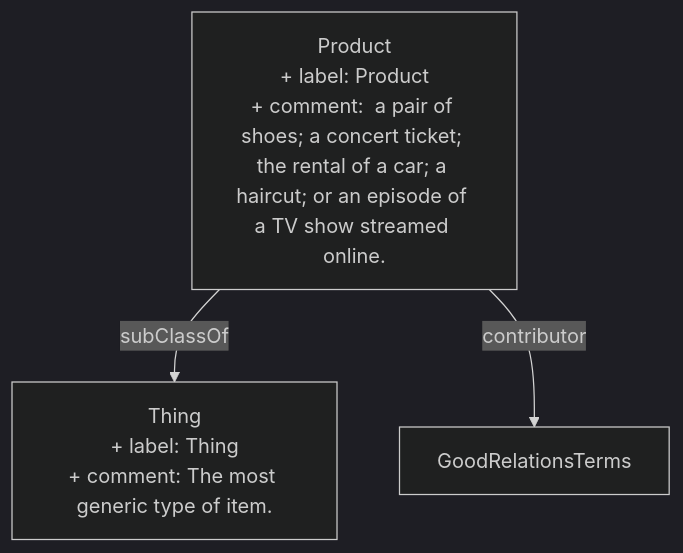
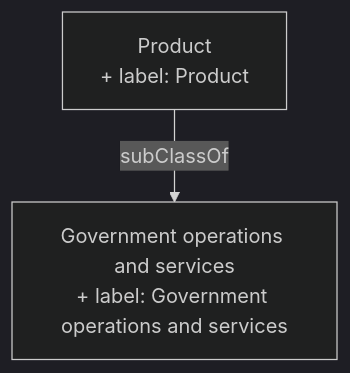
One commit to heidingaway/heidi2 changed the diagram in content/policy on service and digital/product.md. Above: the diagram before and after it, drawn with Mermaid (dark theme). The commit also changed other lines of this file and 350 other files, not shown here.

````diff
--- a/content/policy on service and digital/product.md
+++ b/content/policy on service and digital/product.md
@@ -24,8 +24,6 @@
 ```mermaid
 graph TD
-  Product["Product<br>+ label: Product<br>+ comment:  a pair of shoes; a concert ticket; the rental of a car; a haircut; or an episode of a TV show streamed online."]:::current-page-node
-  Thing["Thing<br>+ label: Thing<br>+ comment: The most generic type of item."]
-  GoodRelationsTerms["GoodRelationsTerms"]
-  Product-->|" subClassOf "|Thing
-  Product-->|" contributor "|GoodRelationsTerms
+  Product["Product<br>+ label: Product"]:::current-page-node
+  Government_operations_and_services["Government operations and services<br>+ label: Government operations and services"]
+  Product-->|" subClassOf "|Government_operations_and_services
 ```
````
